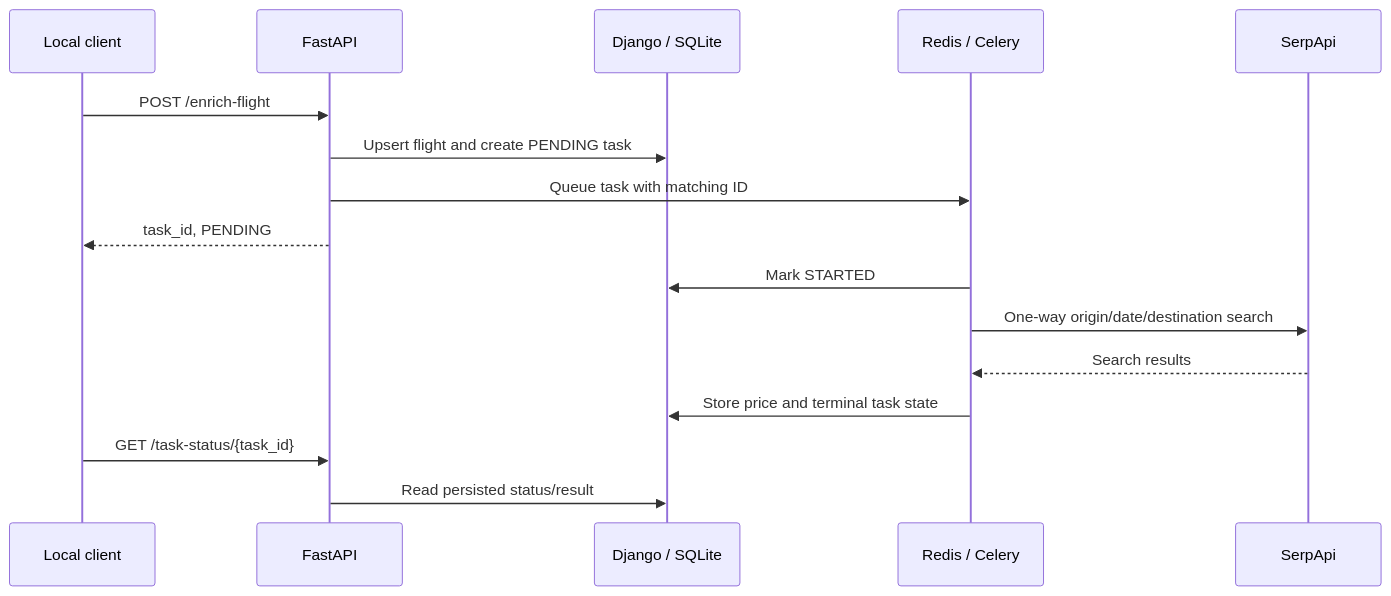
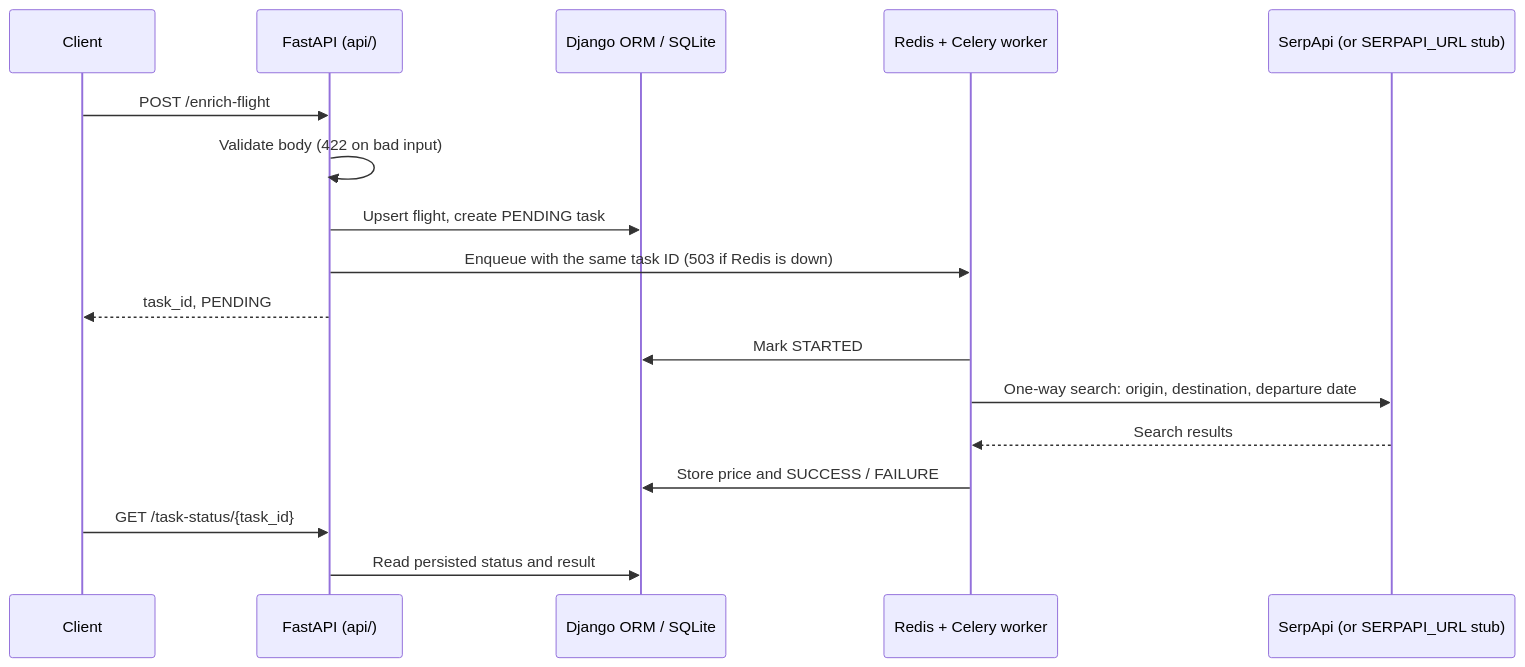
One commit to dev-nezuko/flight-data-enrichment-service changed the diagram in README.md. Above: the diagram before and after it, drawn with Mermaid. The commit also changed other lines of this file, not shown here.

First line of the commit message:
Document the Compose path, retry rules and captured API exchanges

````diff
--- a/README.md
+++ b/README.md
@@ -9,18 +9,19 @@
 ```mermaid
 sequenceDiagram
-  participant C as Local client
-  participant A as FastAPI
-  participant D as Django / SQLite
-  participant Q as Redis / Celery
-  participant P as SerpApi
+  participant C as Client
+  participant A as FastAPI (api/)
+  participant D as Django ORM / SQLite
+  participant Q as Redis + Celery worker
+  participant P as SerpApi (or SERPAPI_URL stub)
   C->>A: POST /enrich-flight
-  A->>D: Upsert flight and create PENDING task
-  A->>Q: Queue task with matching ID
+  A->>A: Validate body (422 on bad input)
+  A->>D: Upsert flight, create PENDING task
+  A->>Q: Enqueue with the same task ID (503 if Redis is down)
   A-->>C: task_id, PENDING
   Q->>D: Mark STARTED
-  Q->>P: One-way origin/date/destination search
+  Q->>P: One-way search: origin, destination, departure date
   P-->>Q: Search results
-  Q->>D: Store price and terminal task state
+  Q->>D: Store price and SUCCESS / FAILURE
   C->>A: GET /task-status/{task_id}
-  A->>D: Read persisted status/result
+  A->>D: Read persisted status and result
 ```
````
